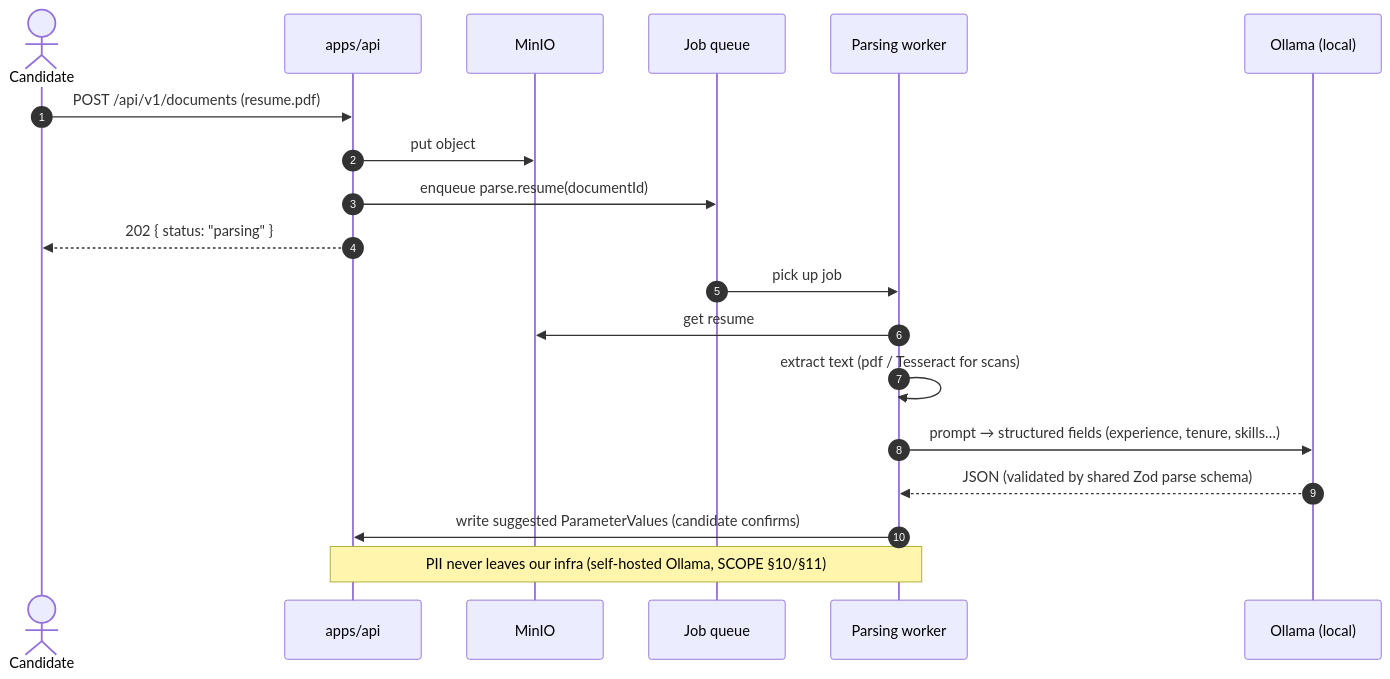
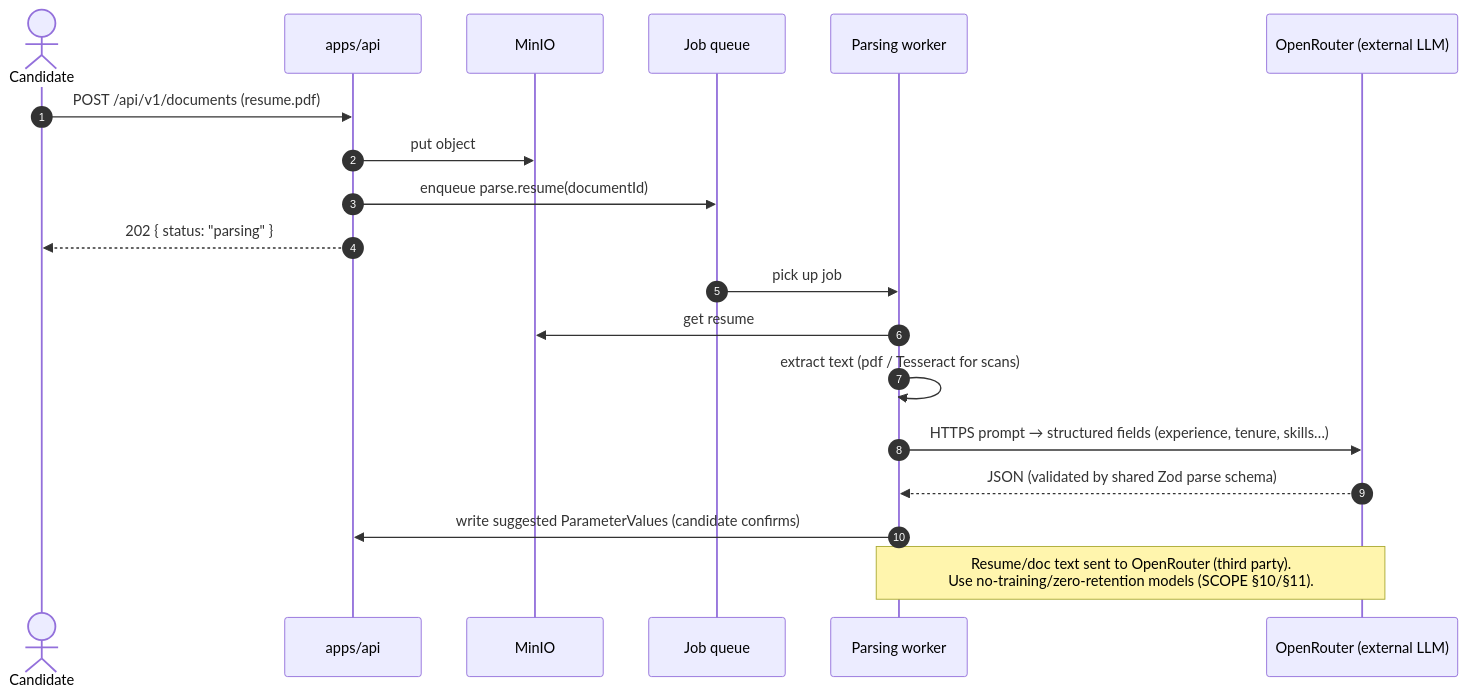
The ninth of 12 diagrams in docs/architecture/01-overview.md (yashranaway/stabil), drawn with Mermaid before and after one commit. The commit also changed other lines of this file and 27 other files, not shown here.

First line of the commit message:
Docs: switch AI provider from self-hosted Ollama to OpenRouter

````diff
--- a/docs/architecture/01-overview.md
+++ b/docs/architecture/01-overview.md
@@ -381,22 +381,22 @@
 ```mermaid
 sequenceDiagram
     autonumber
     actor C as Candidate
     participant API as apps/api
     participant OBJ as MinIO
     participant Q as Job queue
     participant WK as Parsing worker
-    participant LLM as Ollama (local)
+    participant LLM as OpenRouter (external LLM)
 
     C->>API: POST /api/v1/documents (resume.pdf)
     API->>OBJ: put object
     API->>Q: enqueue parse.resume(documentId)
     API-->>C: 202 { status: "parsing" }
     Q->>WK: pick up job
     WK->>OBJ: get resume
     WK->>WK: extract text (pdf / Tesseract for scans)
-    WK->>LLM: prompt → structured fields (experience, tenure, skills…)
+    WK->>LLM: HTTPS prompt → structured fields (experience, tenure, skills…)
     LLM-->>WK: JSON (validated by shared Zod parse schema)
     WK->>API: write suggested ParameterValues (candidate confirms)
-    Note over WK,API: PII never leaves our infra (self-hosted Ollama, SCOPE §10/§11)
+    Note over WK,LLM: Resume/doc text sent to OpenRouter (third party).<br/>Use no-training/zero-retention models (SCOPE §10/§11).
 ```
````
